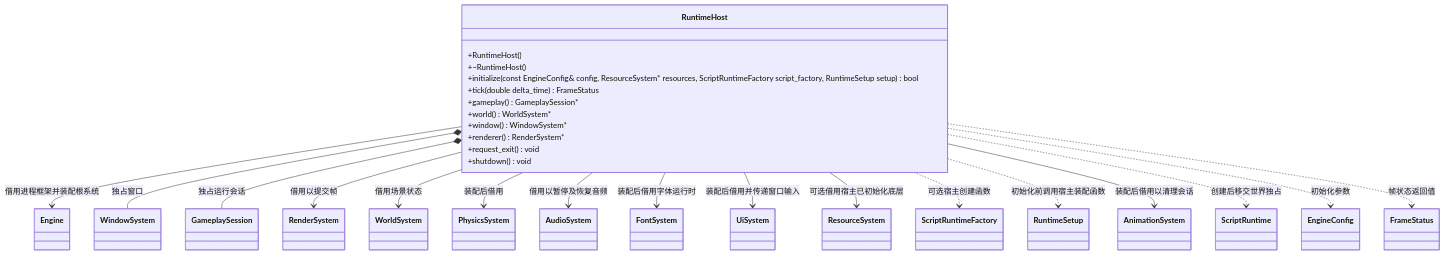
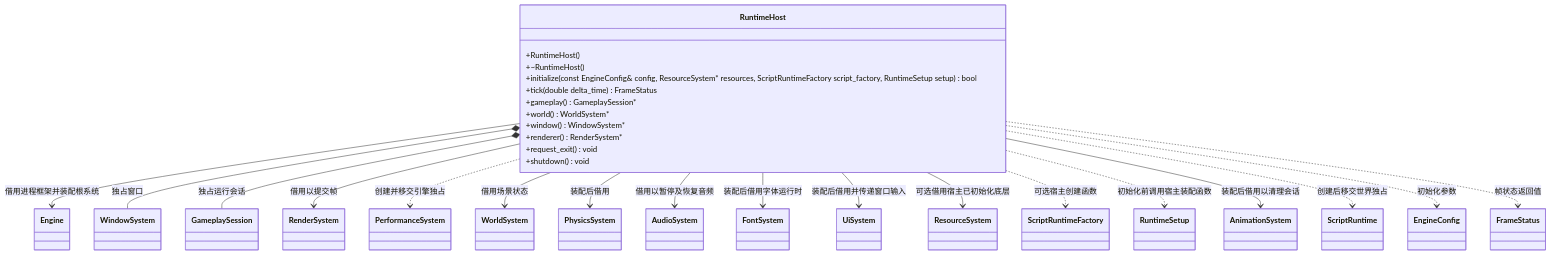
The diagram in docs/runtime/class-diagrams/runtime-host.md (lcals/Engine), drawn with Mermaid before and after one commit. The commit also changed other lines of this file and 19 other files, not shown here.

````diff
--- a/docs/runtime/class-diagrams/runtime-host.md
+++ b/docs/runtime/class-diagrams/runtime-host.md
@@ -5,46 +5,48 @@
 ```mermaid
 classDiagram
     direction TB
     class RuntimeHost {
         +RuntimeHost()
         +~RuntimeHost()
         +initialize(const EngineConfig& config, ResourceSystem#42; resources, ScriptRuntimeFactory script_factory, RuntimeSetup setup) bool
         +tick(double delta_time) FrameStatus
         +gameplay() GameplaySession#42;
         +world() WorldSystem#42;
         +window() WindowSystem#42;
         +renderer() RenderSystem#42;
         +request_exit() void
         +shutdown() void
     }
     class Engine
     class WindowSystem
     class GameplaySession
     class RenderSystem
+    class PerformanceSystem
     class WorldSystem
     class PhysicsSystem
     class AudioSystem
     class ResourceSystem
     class ScriptRuntime
     class ScriptRuntimeFactory
     class RuntimeSetup
     class AnimationSystem
     class EngineConfig
     class FrameStatus
     RuntimeHost --> Engine : 借用进程框架并装配根系统
     RuntimeHost *-- WindowSystem : 独占窗口
     RuntimeHost *-- GameplaySession : 独占运行会话
     RuntimeHost --> RenderSystem : 借用以提交帧
+    RuntimeHost ..> PerformanceSystem : 创建并移交引擎独占
     RuntimeHost --> WorldSystem : 借用场景状态
     RuntimeHost --> PhysicsSystem : 装配后借用
     RuntimeHost --> AudioSystem : 借用以暂停及恢复音频
     RuntimeHost --> FontSystem : 装配后借用字体运行时
     RuntimeHost --> UiSystem : 装配后借用并传递窗口输入
     RuntimeHost --> ResourceSystem : 可选借用宿主已初始化底层
     RuntimeHost ..> ScriptRuntimeFactory : 可选宿主创建函数
     RuntimeHost ..> RuntimeSetup : 初始化前调用宿主装配函数
     RuntimeHost --> AnimationSystem : 装配后借用以清理会话
     RuntimeHost ..> ScriptRuntime : 创建后移交世界独占
     RuntimeHost ..> EngineConfig : 初始化参数
     RuntimeHost ..> FrameStatus : 帧状态返回值
 ```
````
